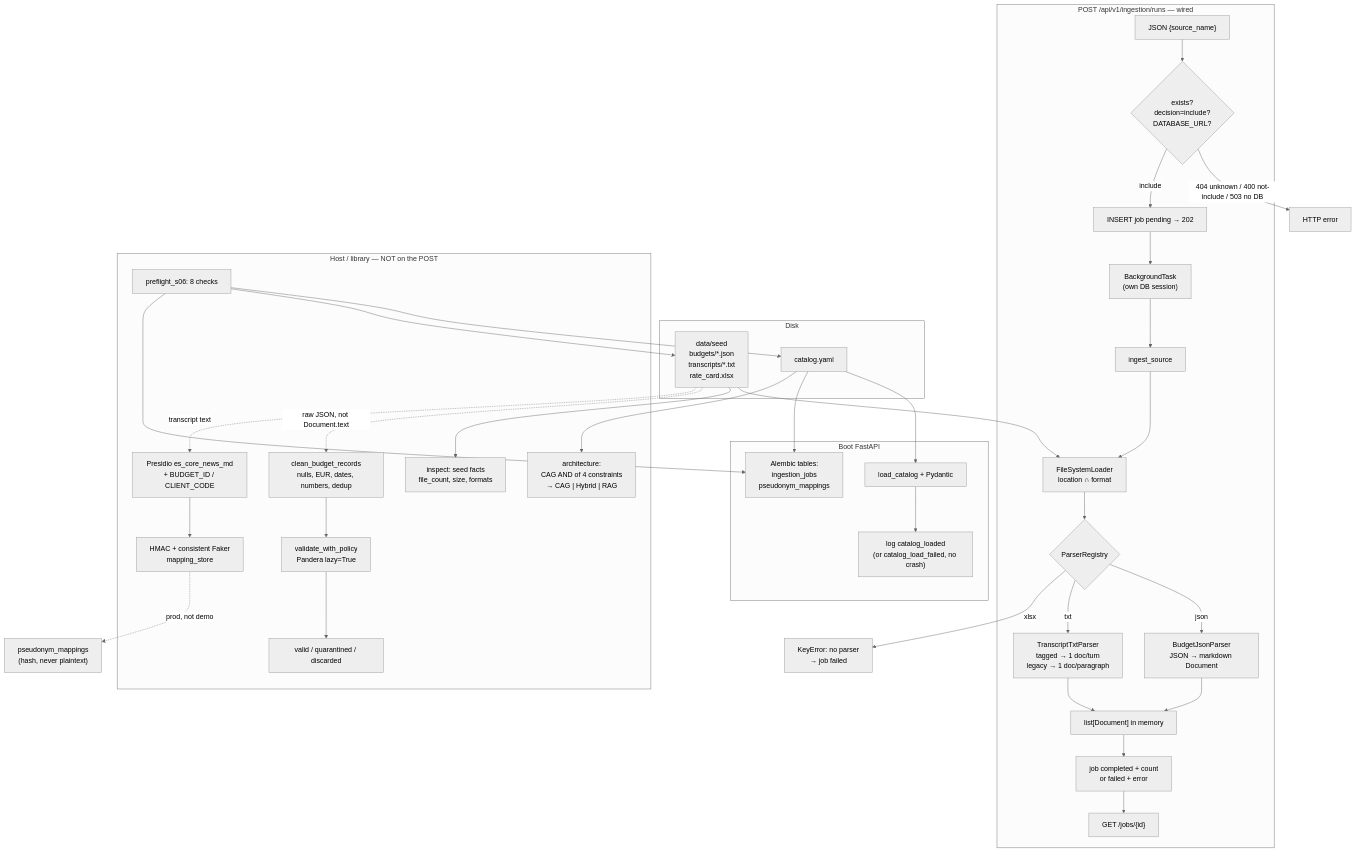
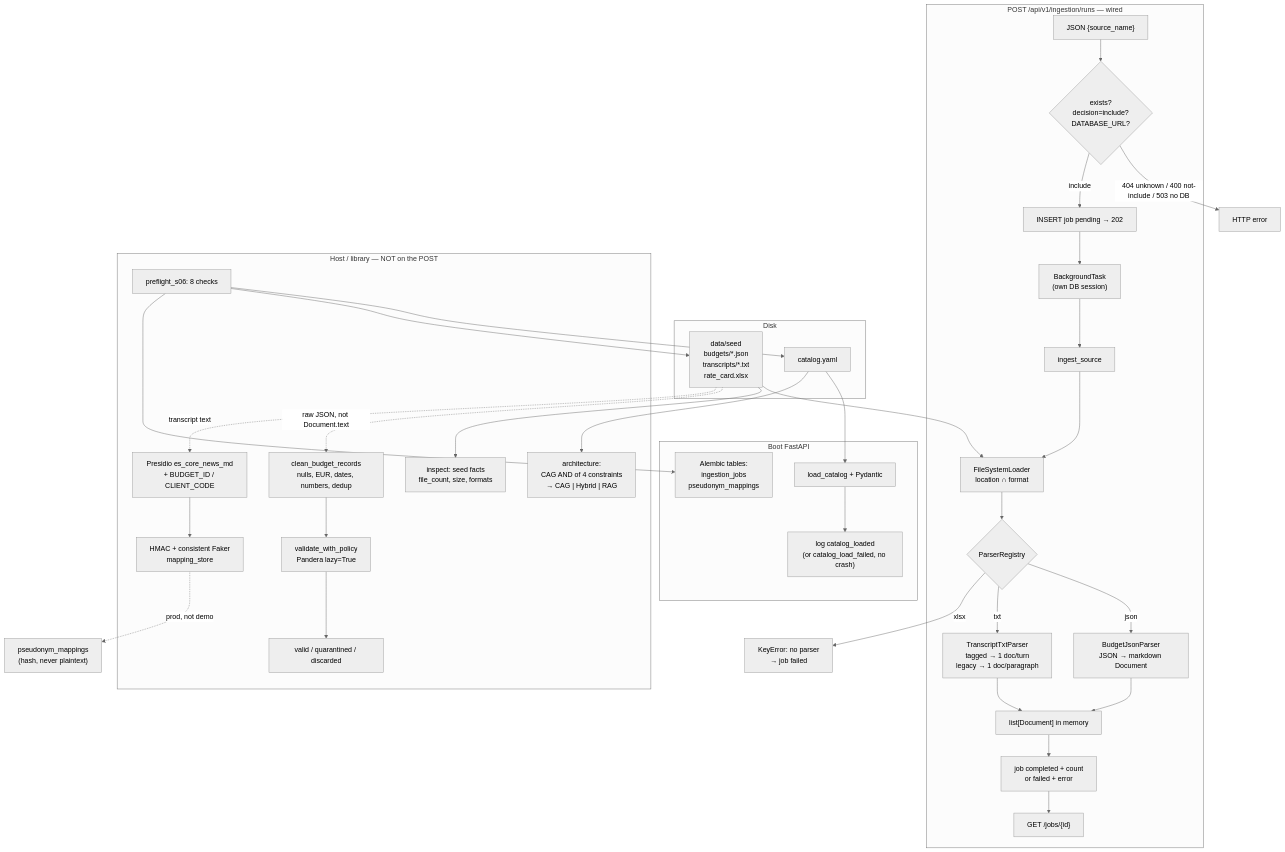
One commit to morales4dev/ai-engineering changed the second of 2 diagrams in estimador-cag/README.md. Above: the diagram before and after it, drawn with Mermaid (neutral theme). The commit also changed other lines of this file and 1 other file, not shown here.

````diff
--- a/estimador-cag/README.md
+++ b/estimador-cag/README.md
@@ -422,55 +428,54 @@
 ```mermaid
   flowchart TB
       subgraph DISK["Disk"]
           YAML["catalog.yaml"]
           SEED["data/seed\nbudgets/*.json\ntranscripts/*.txt\nrate_card.xlsx"]
       end
       subgraph BOOT["Boot FastAPI"]
           LOADCAT["load_catalog + Pydantic"]
           LOG["log catalog_loaded\n(or catalog_load_failed, no crash)"]
           ALEMBIC["Alembic tables:\ningestion_jobs\npseudonym_mappings"]
       end
       YAML --> LOADCAT --> LOG
-      YAML --> ALEMBIC
       subgraph HTTP["POST /api/v1/ingestion/runs  —  wired"]
           REQ["JSON {source_name}"]
           GATE{"exists?\ndecision=include?\nDATABASE_URL?"}
           JOBP["INSERT job pending → 202"]
           BG["BackgroundTask\n(own DB session)"]
           ORCH["ingest_source"]
           FS["FileSystemLoader\nlocation ∩ format"]
           PARSE{"ParserRegistry"}
           JSONP["BudgetJsonParser\nJSON → markdown Document"]
           TXTP["TranscriptTxtParser\ntagged → 1 doc/turn\nlegacy → 1 doc/paragraph"]
           MEM["list[Document]  in memory"]
           JOBC["job completed + count\nor failed + error"]
           GET["GET /jobs/{id}"]
       end
       REQ --> GATE
       GATE -->|404 unknown / 400 not-include / 503 no DB| ERR["HTTP error"]
       GATE -->|include| JOBP --> BG --> ORCH
       SEED --> FS
       ORCH --> FS --> PARSE
       PARSE -->|json| JSONP --> MEM
       PARSE -->|txt| TXTP --> MEM
       PARSE -->|xlsx| NOP["KeyError: no parser\n→ job failed"]
       MEM --> JOBC --> GET
       subgraph OFF["Host / library  —  NOT on the POST"]
           INSPECT["inspect: seed facts\nfile_count, size, formats"]
           ARCH["architecture:\nCAG AND of 4 constraints\n→ CAG | Hybrid | RAG"]
           CLEAN["clean_budget_records\nnulls, EUR, dates, numbers, dedup"]
           POL["validate_with_policy\nPandera lazy=True"]
           PART["valid / quarantined / discarded"]
           PII["Presidio es_core_news_md\n+ BUDGET_ID / CLIENT_CODE"]
           PSEUDO["HMAC + consistent Faker\nmapping_store"]
           PRE["preflight_s06: 8 checks"]
       end
       SEED --> INSPECT
       YAML --> ARCH
       SEED -.->|raw JSON, not Document.text| CLEAN --> POL --> PART
       SEED -.->|transcript text| PII --> PSEUDO
       PSEUDO -.->|prod, not demo| MAP["pseudonym_mappings\n(hash, never plaintext)"]
       PRE --> YAML
       PRE --> SEED
       PRE --> ALEMBIC
 ```
````
